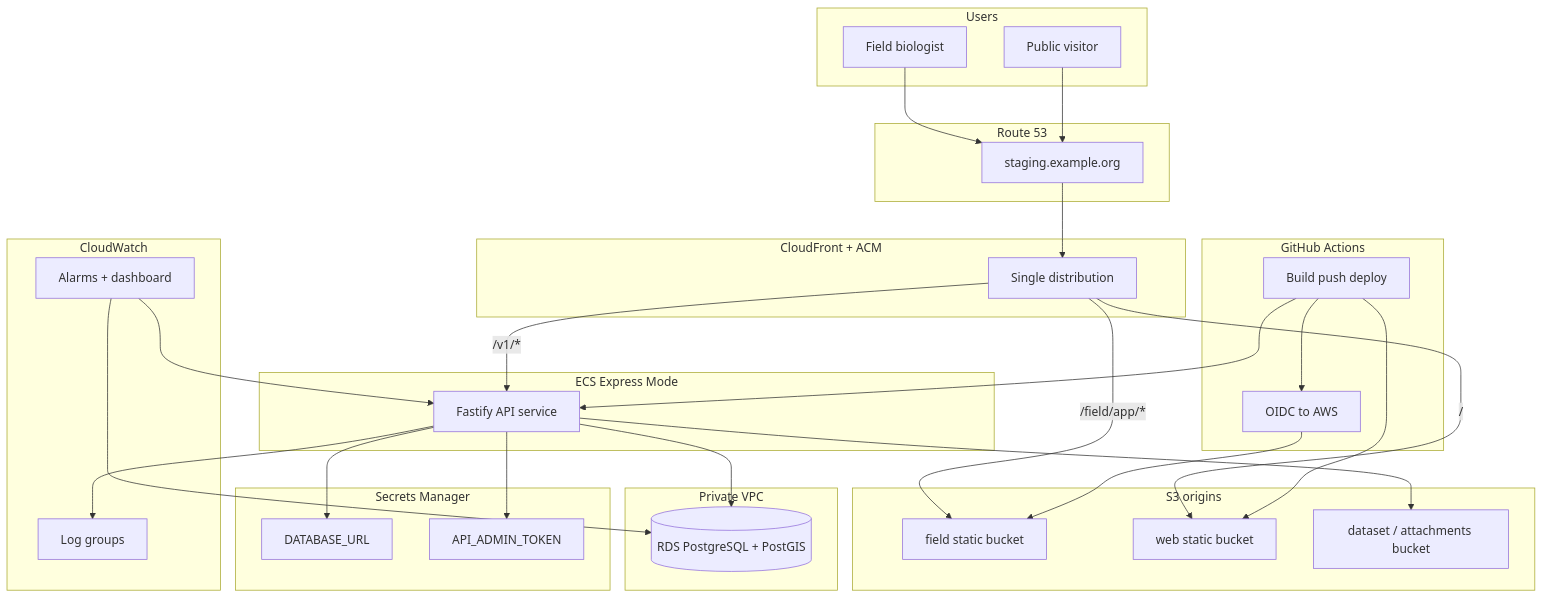
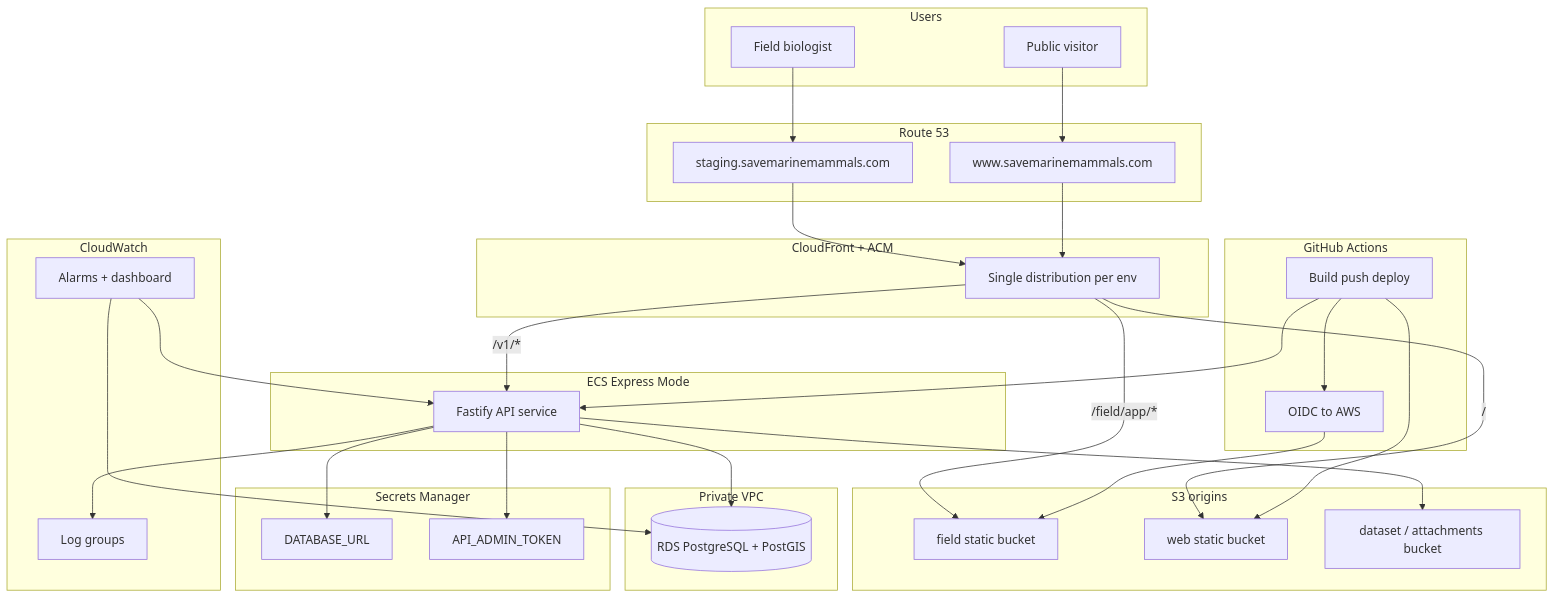
Before and after one commit to SaveMarineMammals/marine-mammal-assessment-platform: the first of 2 diagrams in docs/ops/AWS_INFRA.md, drawn with Mermaid. The commit also changed other lines of this file and 26 other files, not shown here.

First line of the commit message:
feat(infra): add savemarinemammals.com custom domain support (#22)

````diff
--- a/docs/ops/AWS_INFRA.md
+++ b/docs/ops/AWS_INFRA.md
@@ -7,63 +7,65 @@
 ```mermaid
 flowchart TB
   subgraph users [Users]
     FieldUser[Field biologist]
     PublicUser[Public visitor]
   end
 
   subgraph dns [Route 53]
-    SiteDNS[staging.example.org]
+    ProdWWW[www.savemarinemammals.com]
+    StagingDNS[staging.savemarinemammals.com]
   end
 
   subgraph edge [CloudFront + ACM]
-    SiteCF[Single distribution]
+    SiteCF[Single distribution per env]
   end
 
   subgraph static [S3 origins]
     FieldBucket[field static bucket]
     WebBucket[web static bucket]
     DataBucket[dataset / attachments bucket]
   end
 
   subgraph compute [ECS Express Mode]
     API[Fastify API service]
   end
 
   subgraph data [Private VPC]
     RDS[("RDS PostgreSQL + PostGIS")]
   end
 
   subgraph secrets [Secrets Manager]
     DBSecret[DATABASE_URL]
     AdminSecret[API_ADMIN_TOKEN]
   end
 
-  FieldUser --> SiteDNS
-  PublicUser --> SiteDNS
-  SiteDNS --> SiteCF
+  FieldUser --> StagingDNS
+  PublicUser --> ProdWWW
+  StagingDNS --> SiteCF
+  ProdWWW --> SiteCF
   SiteCF -->|"/"| WebBucket
   SiteCF -->|"/field/app/*"| FieldBucket
   SiteCF -->|"/v1/*"| API
   API --> RDS
   API --> DataBucket
   API --> DBSecret
   API --> AdminSecret
 
   subgraph cicd [GitHub Actions]
     GHA[Build push deploy]
     OIDC[OIDC to AWS]
   end
 
   subgraph observe [CloudWatch]
     Logs[Log groups]
     Alarms[Alarms + dashboard]
   end
 
   GHA --> OIDC --> FieldBucket
   GHA --> WebBucket
   GHA --> API
 
   API --> Logs
   Alarms --> API
   Alarms --> RDS
 ```
````
